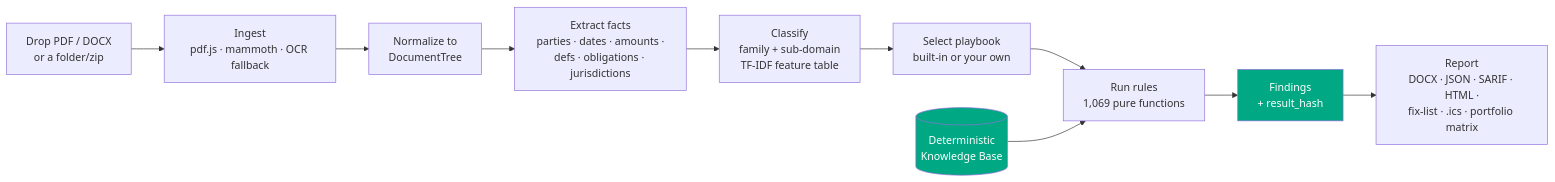
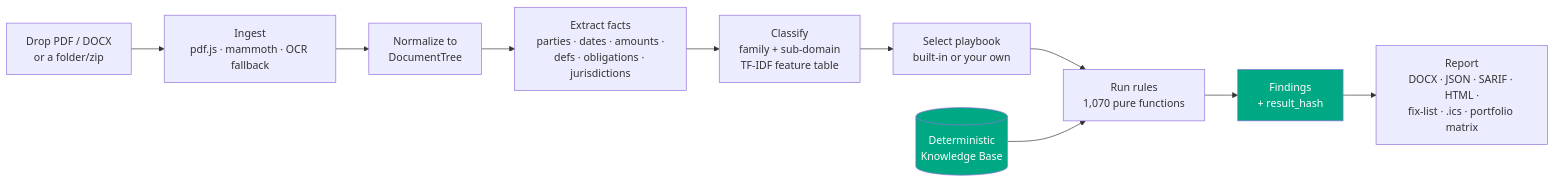
Before and after one commit to clay-good/vaulytica: the first of 11 diagrams in README.md, drawn with Mermaid. The commit also changed other lines of this file and 363 other files, not shown here.

````diff
--- a/README.md
+++ b/README.md
@@ -27,14 +27,14 @@
 ```mermaid
 flowchart LR
   A[Drop PDF / DOCX<br/>or a folder/zip] --> B[Ingest<br/>pdf.js · mammoth · OCR fallback]
   B --> C[Normalize to<br/>DocumentTree]
   C --> D[Extract facts<br/>parties · dates · amounts ·<br/>defs · obligations · jurisdictions]
   D --> E[Classify<br/>family + sub-domain<br/>TF-IDF feature table]
   E --> F[Select playbook<br/>built-in or your own]
-  F --> G[Run rules<br/>1,069 pure functions]
+  F --> G[Run rules<br/>1,070 pure functions]
   G --> H[Findings<br/>+ result_hash]
   H --> I[Report<br/>DOCX · JSON · SARIF · HTML ·<br/>fix-list · .ics · portfolio matrix]
   K[(Deterministic<br/>Knowledge Base)] --> G
   style K fill:#00A883,color:#fff
   style H fill:#00A883,color:#fff
 ```
````
